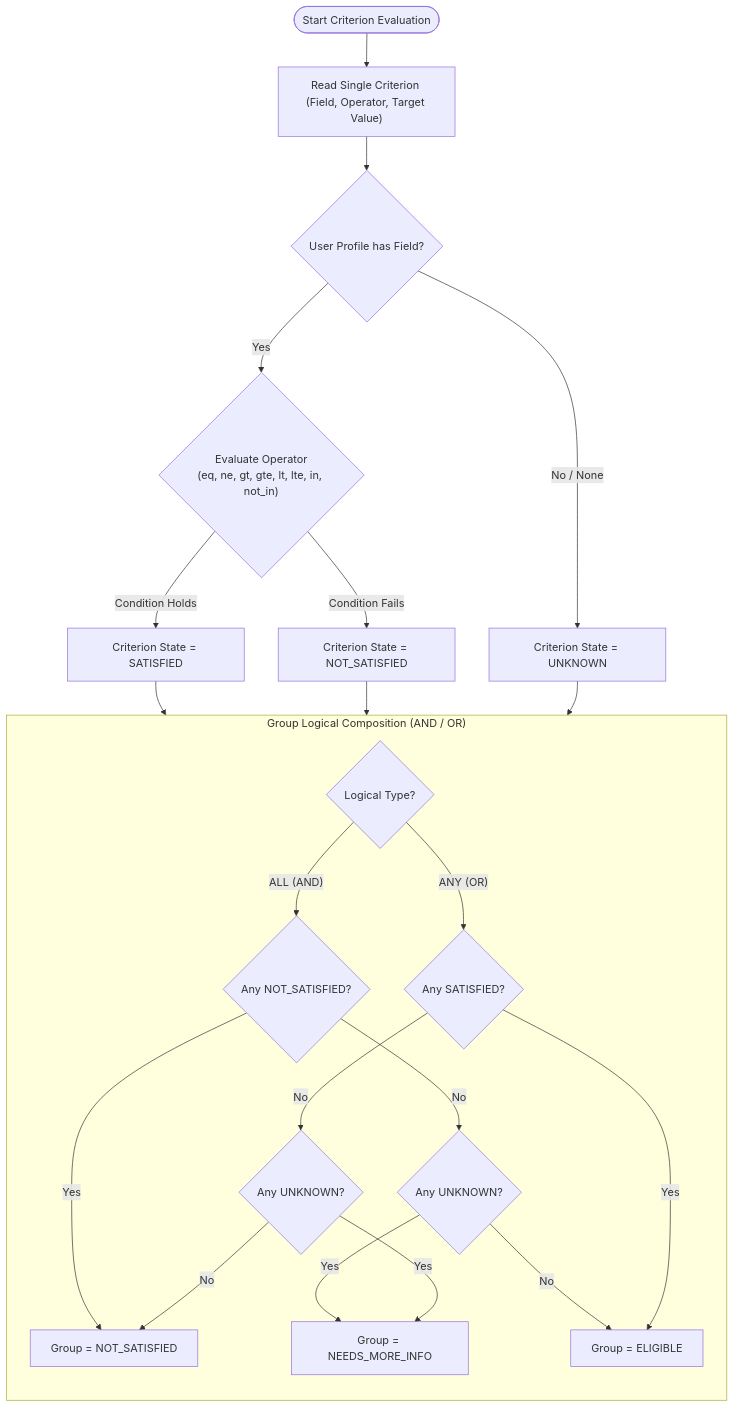
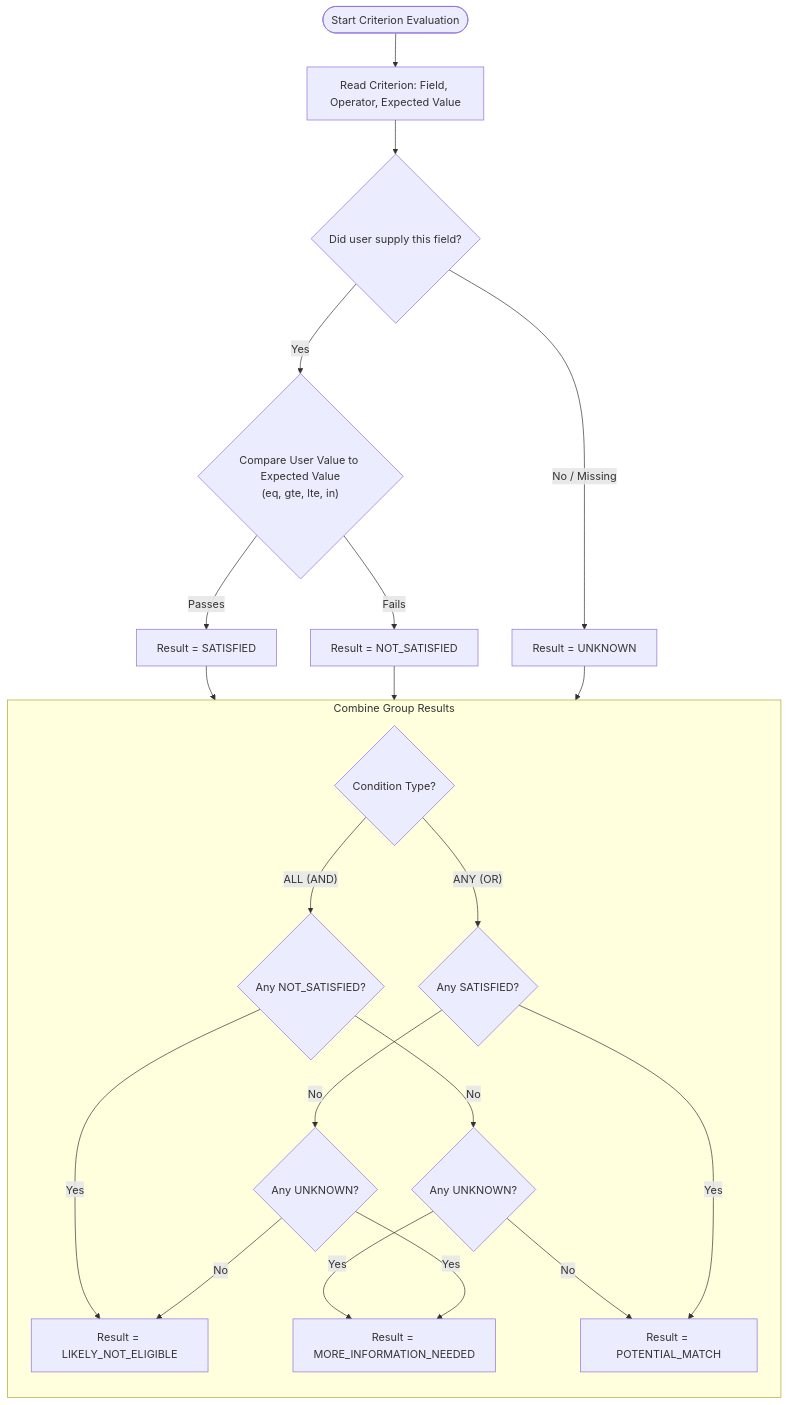
One commit to AdinotAadi/scheme-finder-chatbot changed the fourth of 4 diagrams in Docs/architecture/ARCHITECTURE.md. Above: the diagram before and after it, drawn with Mermaid. The commit also changed other lines of this file and 1 other file, not shown here.

Commit message:
docs: rewrite documentation according to Simplified Technical English standards and Clean Architecture

````diff
--- a/Docs/architecture/ARCHITECTURE.md
+++ b/Docs/architecture/ARCHITECTURE.md
@@ -168,31 +156,31 @@
 ```mermaid
 flowchart TD
-    Start(["Start Criterion Evaluation"]) --> ReadCriterion["Read Single Criterion (Field, Operator, Target Value)"]
-    ReadCriterion --> CheckField{"User Profile has Field?"}
+    Start(["Start Criterion Evaluation"]) --> LoadCriterion["Read Criterion: Field, Operator, Expected Value"]
+    LoadCriterion --> CheckField{"Did user supply this field?"}
 
-    CheckField -- "No / None" --> MarkUnknown["Criterion State = UNKNOWN"]
-    CheckField -- "Yes" --> EvalOp{"Evaluate Operator\n(eq, ne, gt, gte, lt, lte, in, not_in)"}
+    CheckField -- "No / Missing" --> StateUnknown["Result = UNKNOWN"]
+    CheckField -- "Yes" --> CompareValues{"Compare User Value to Expected Value\n(eq, gte, lte, in)"}
 
-    EvalOp -- "Condition Holds" --> MarkSatisfied["Criterion State = SATISFIED"]
-    EvalOp -- "Condition Fails" --> MarkNotSatisfied["Criterion State = NOT_SATISFIED"]
+    CompareValues -- "Passes" --> StateSatisfied["Result = SATISFIED"]
+    CompareValues -- "Fails" --> StateFailed["Result = NOT_SATISFIED"]
 
-    MarkSatisfied --> CombineLogic
-    MarkNotSatisfied --> CombineLogic
-    MarkUnknown --> CombineLogic
+    StateSatisfied --> GroupLogic
+    StateFailed --> GroupLogic
+    StateUnknown --> GroupLogic
 
-    subgraph CombineLogic ["Group Logical Composition (AND / OR)"]
+    subgraph GroupLogic ["Combine Group Results"]
         direction TB
-        GroupCheck{"Logical Type?"}
-        GroupCheck -- "ALL (AND)" --> AndEval{"Any NOT_SATISFIED?"}
-        AndEval -- "Yes" --> GroupFail["Group = NOT_SATISFIED"]
-        AndEval -- "No" --> AndUnknown{"Any UNKNOWN?"}
-        AndUnknown -- "Yes" --> GroupNeedInfo["Group = NEEDS_MORE_INFO"]
-        AndUnknown -- "No" --> GroupPass["Group = ELIGIBLE"]
+        GroupType{"Condition Type?"}
+        GroupType -- "ALL (AND)" --> CheckFailures{"Any NOT_SATISFIED?"}
+        CheckFailures -- "Yes" --> FinalIneligible["Result = LIKELY_NOT_ELIGIBLE"]
+        CheckFailures -- "No" --> CheckUnknowns{"Any UNKNOWN?"}
+        CheckUnknowns -- "Yes" --> FinalNeedInfo["Result = MORE_INFORMATION_NEEDED"]
+        CheckUnknowns -- "No" --> FinalEligible["Result = POTENTIAL_MATCH"]
 
-        GroupCheck -- "ANY (OR)" --> OrEval{"Any SATISFIED?"}
-        OrEval -- "Yes" --> GroupPass
-        OrEval -- "No" --> OrUnknown{"Any UNKNOWN?"}
-        OrUnknown -- "Yes" --> GroupNeedInfo
-        OrUnknown -- "No" --> GroupFail
+        GroupType -- "ANY (OR)" --> CheckPass{"Any SATISFIED?"}
+        CheckPass -- "Yes" --> FinalEligible
+        CheckPass -- "No" --> CheckOrUnknowns{"Any UNKNOWN?"}
+        CheckOrUnknowns -- "Yes" --> FinalNeedInfo
+        CheckOrUnknowns -- "No" --> FinalIneligible
     end
 ```
````
